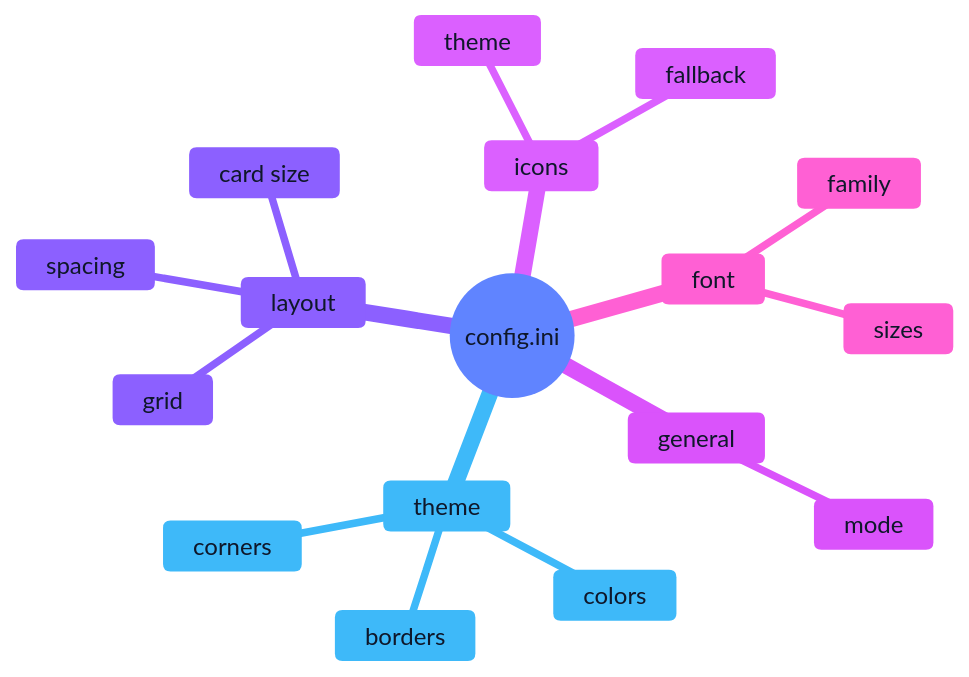
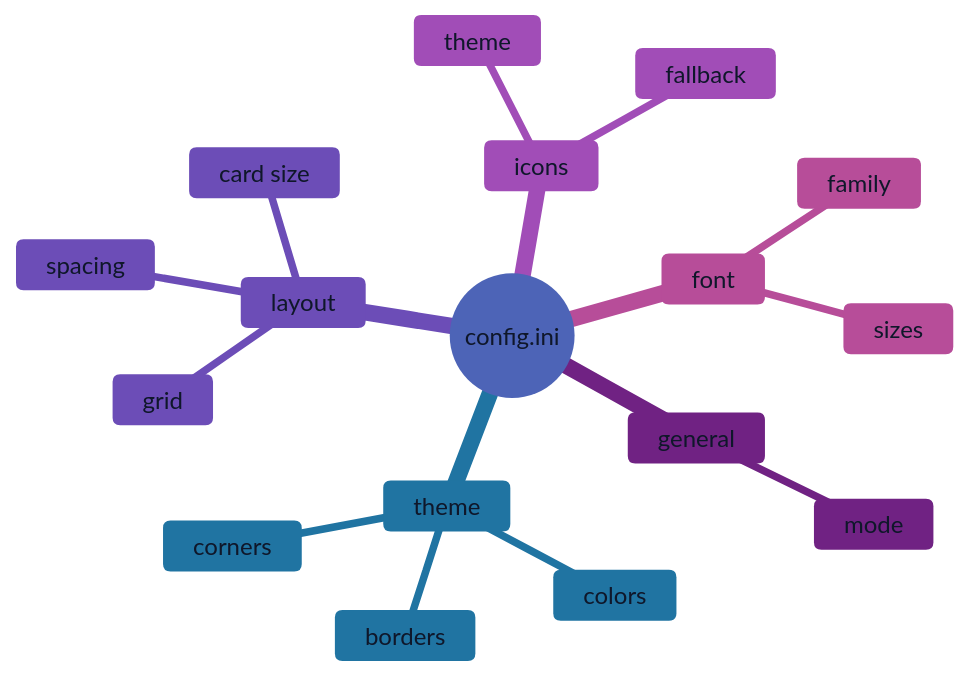
One commit to OpalAayan/snappy-switcher changed the first of 5 diagrams in docs/CONFIGURATION.md. Above: the diagram before and after it, drawn with Mermaid. The commit also changed other lines of this file and 32 other files, not shown here.

````diff
--- a/docs/CONFIGURATION.md
+++ b/docs/CONFIGURATION.md
@@ -39,33 +39,33 @@
 ```mermaid
 %%{
   init: {
     'theme': 'base',
     'themeVariables': {
-      'primaryColor': '#e0e7ff',
+      'primaryColor': '#a8b3dc',
       'primaryTextColor': '#0f172a',
       'primaryBorderColor': '#4338ca',
-      'lineColor': '#6366f1',
-      'secondaryColor': '#f5d0fe',
-      'tertiaryColor': '#bae6fd'
+      'lineColor': '#101274',
+      'secondaryColor': '#b953d2',
+      'tertiaryColor': '#61b3e0'
     }
   }
 }%%
 mindmap
   root((config.ini))
     general
       mode
     theme
       colors
       borders
       corners
     layout
       card size
       spacing
       grid
     icons
       theme
       fallback
     font
       family
       sizes
 ```
````
